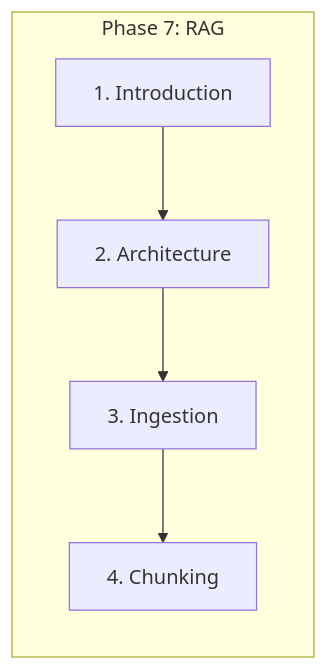
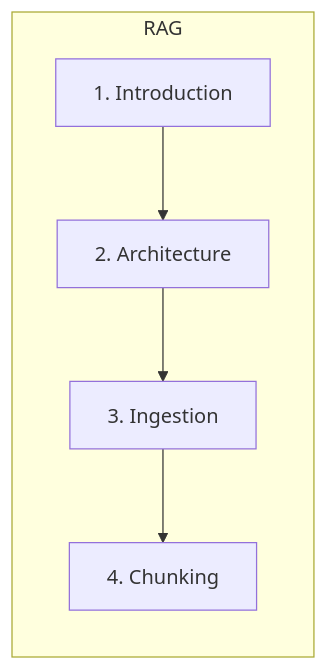
One commit to abdulsamad183/ai-engineering-playbook changed the first of 4 diagrams in domains/rag/introduction-to-rag.md. Above: the diagram before and after it, drawn with Mermaid. The commit also changed other lines of this file and 301 other files, not shown here.

````diff
--- a/domains/rag/introduction-to-rag.md
+++ b/domains/rag/introduction-to-rag.md
@@ -60,10 +60,10 @@
 ```mermaid
 flowchart LR
-    subgraph "Phase 7: RAG"
+    subgraph "RAG"
         S1[1. Introduction]
         S2[2. Architecture]
         S3[3. Ingestion]
         S4[4. Chunking]
     end
     S1 --> S2 --> S3 --> S4
 ```
````
